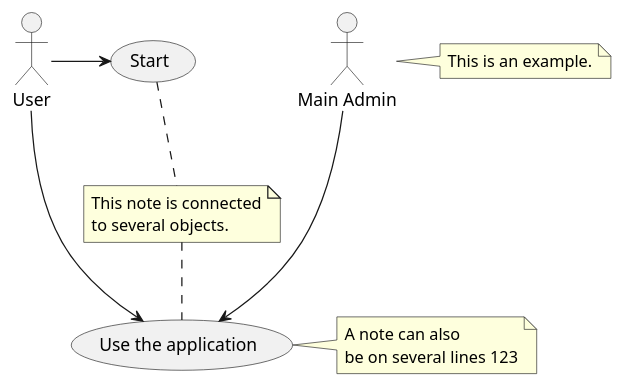
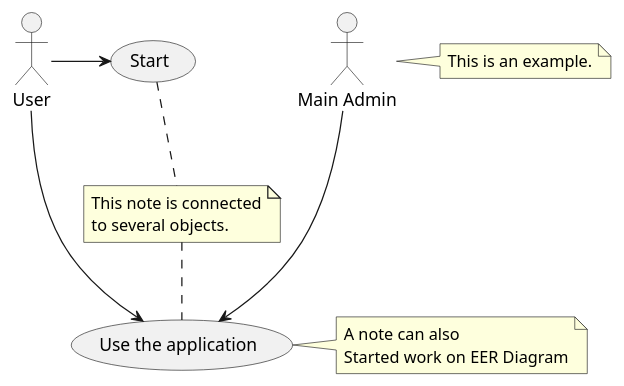
The diagram in documentation/Diagrams/EER.puml (AndersLind99/CupcakeProject), drawn with PlantUML before and after one commit.

Commit message:
created EER branch

```diff
--- a/documentation/Diagrams/EER.puml
+++ b/documentation/Diagrams/EER.puml
@@ -1,22 +1,22 @@
 @startuml
 'https://plantuml.com/use-case-diagram
 
 :Main Admin: as Admin
 (Use the application) as (Use)
 
 User -> (Start)
 User --> (Use)
 
 Admin ---> (Use)
 
 note right of Admin : This is an example.
 
 note right of (Use)
 A note can also
-be on several lines 123
+Started work on EER Diagram
 end note
 
 note "This note is connected\nto several objects." as N2
 (Start) .. N2
 N2 .. (Use)
 @enduml
```
